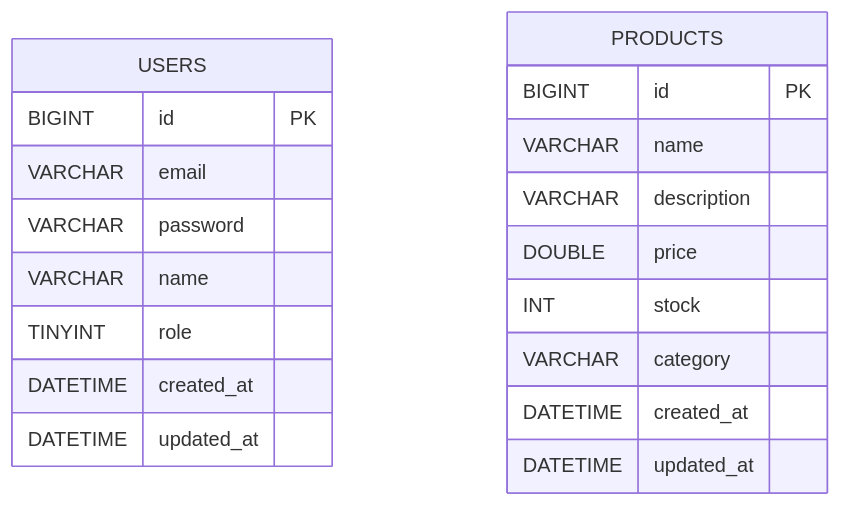
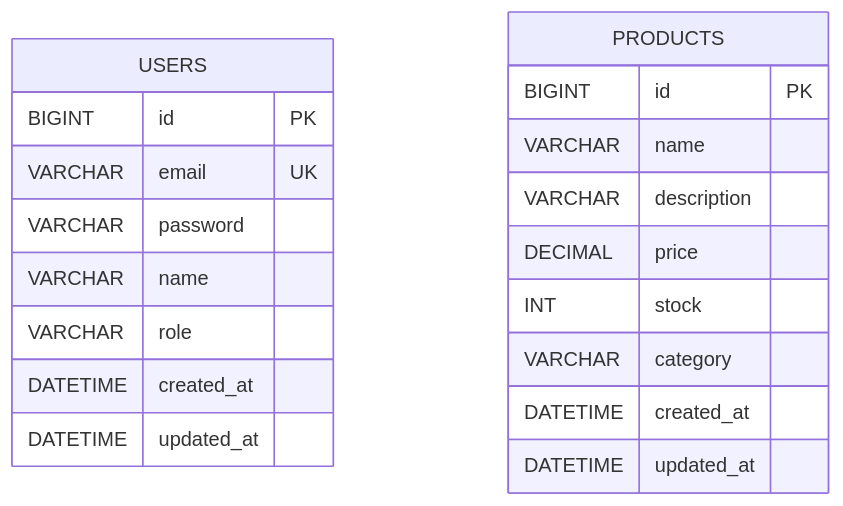
Before and after one commit to SINHEESEOP/Evo-Commerce: the diagram in docs/wiki/Phase1_기획및설계.md, drawn with Mermaid. The commit also changed other lines of this file, not shown here.

Commit message:
docs: Phase1 ERD 및 User/Product 도메인 설계 최종화

````diff
--- a/docs/wiki/Phase1_기획및설계.md
+++ b/docs/wiki/Phase1_기획및설계.md
@@ -8,23 +8,23 @@
 ```mermaid
 erDiagram
     USERS {
         BIGINT id PK
-        VARCHAR email
+        VARCHAR email UK
         VARCHAR password
         VARCHAR name
-        TINYINT role
+        VARCHAR role
         DATETIME created_at
         DATETIME updated_at
     }
 
     PRODUCTS {
         BIGINT id PK
         VARCHAR name
         VARCHAR description
-        DOUBLE price
+        DECIMAL price
         INT stock
         VARCHAR category
         DATETIME created_at
         DATETIME updated_at
     }
 ```
````
